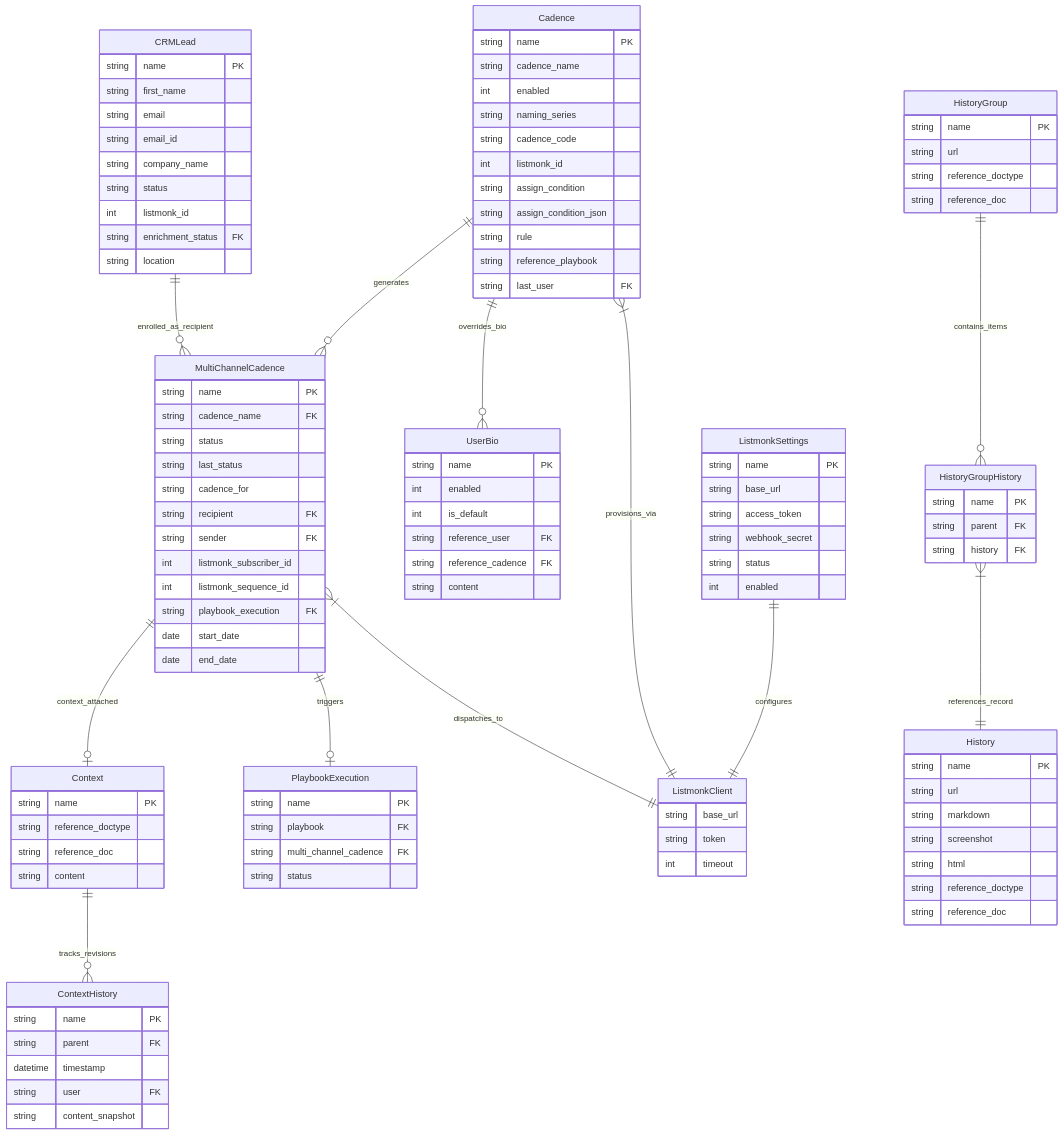
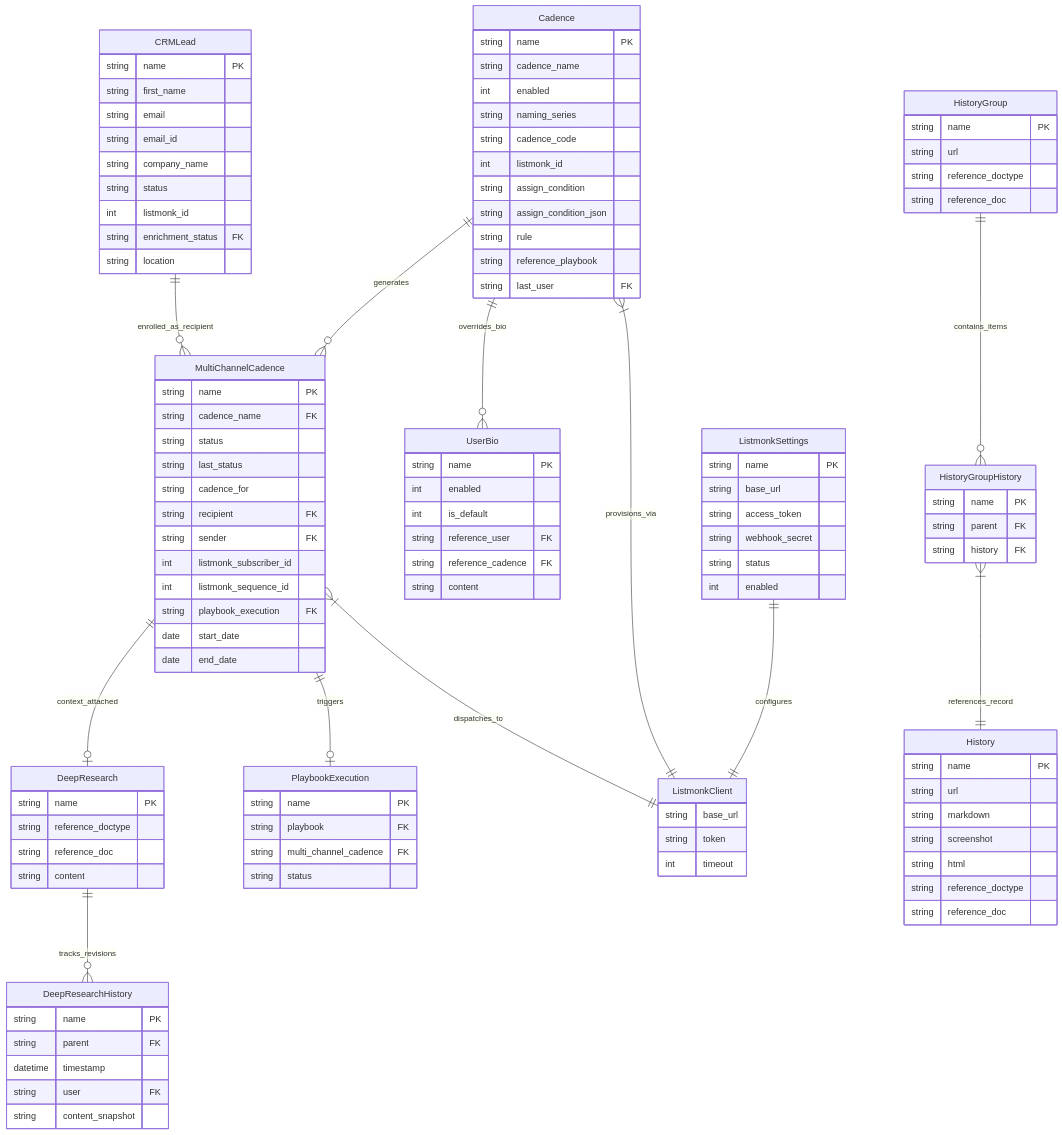
The diagram in docs/architecture/c4/03-component.md (aurumorcom/frappe-cadence), drawn with Mermaid before and after one commit. The commit also changed other lines of this file and 8 other files, not shown here.

First line of the commit message:
docs: rename Context to Deep Research

```diff
--- a/docs/architecture/c4/03-component.md
+++ b/docs/architecture/c4/03-component.md
@@ -10,8 +10,8 @@
     Cadence ||--o{ MultiChannelCadence : "generates"
     Cadence ||--o{ UserBio : "overrides_bio"
     CRMLead ||--o{ MultiChannelCadence : "enrolled_as_recipient"
-    MultiChannelCadence ||--o| Context : "context_attached"
-    Context ||--o{ ContextHistory : "tracks_revisions"
+    MultiChannelCadence ||--o| DeepResearch : "context_attached"
+    DeepResearch ||--o{ DeepResearchHistory : "tracks_revisions"
     MultiChannelCadence ||--o| PlaybookExecution : "triggers"
     HistoryGroup ||--o{ HistoryGroupHistory : "contains_items"
     HistoryGroupHistory }|--|| History : "references_record"
@@ -69,14 +69,14 @@
         string content
     }
 
-    Context {
+    DeepResearch {
         string name PK
         string reference_doctype
         string reference_doc
         string content
     }
 
-    ContextHistory {
+    DeepResearchHistory {
         string name PK
         string parent FK
         datetime timestamp
```
